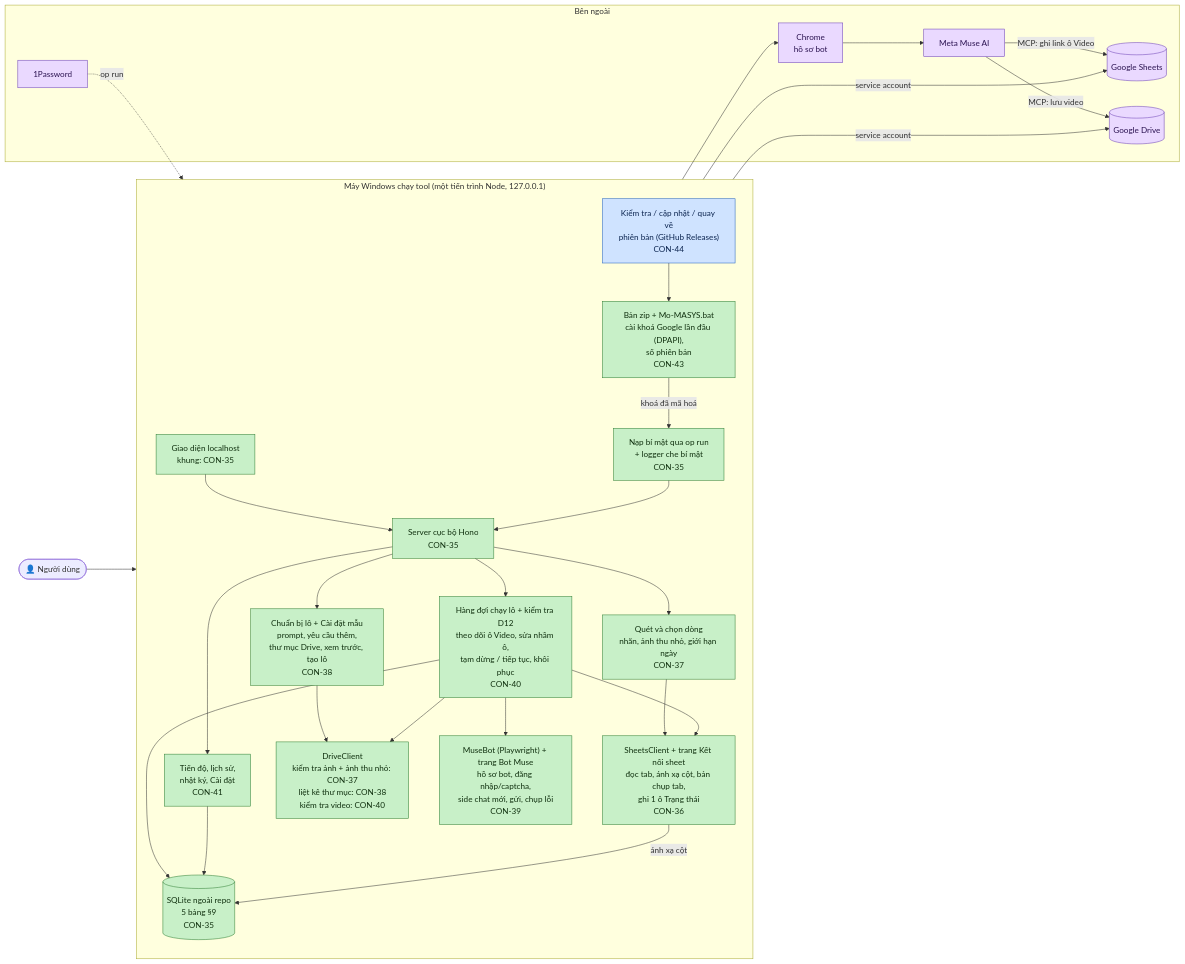
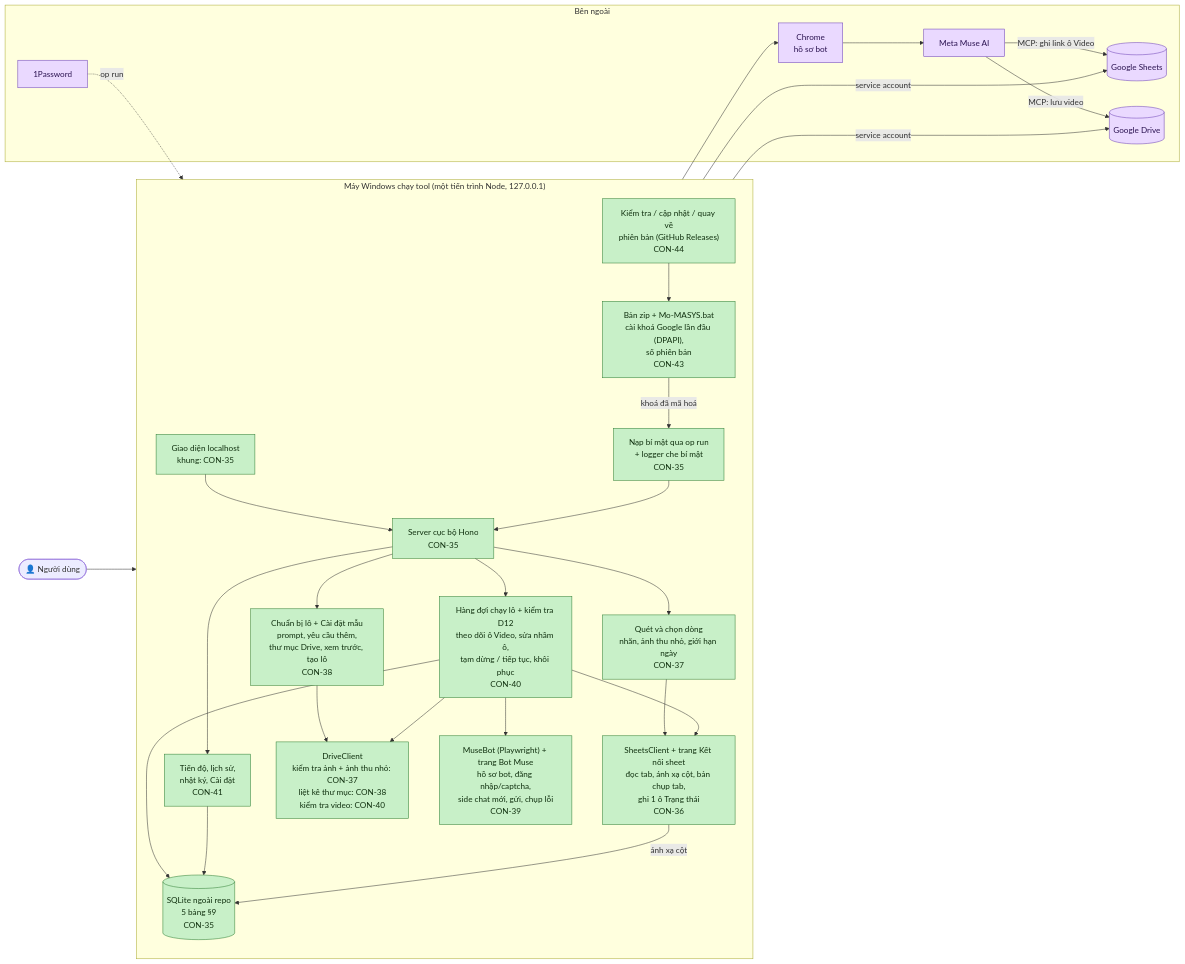
Before and after one commit to Bach1711/MASYS-VIDEO-GENERATOR: the diagram in TIEN-DO.md, drawn with Mermaid. The commit also changed other lines of this file and 1 other file, not shown here.

````diff
--- a/TIEN-DO.md
+++ b/TIEN-DO.md
@@ -17,63 +17,63 @@
 ```mermaid
 flowchart LR
     user(["👤 Người dùng"])
 
     subgraph PC["Máy Windows chạy tool (một tiến trình Node, 127.0.0.1)"]
         direction TB
         ui["Giao diện localhost<br/>khung: CON-35"]
         server["Server cục bộ Hono<br/>CON-35"]
         secrets["Nạp bí mật qua op run<br/>+ logger che bí mật<br/>CON-35"]
         db[("SQLite ngoài repo<br/>5 bảng §9<br/>CON-35")]
 
         sheet["SheetsClient + trang Kết nối sheet<br/>đọc tab, ánh xạ cột, bản chụp tab,<br/>ghi 1 ô Trạng thái<br/>CON-36"]
         scan["Quét và chọn dòng<br/>nhãn, ảnh thu nhỏ, giới hạn ngày<br/>CON-37"]
         editor["Chuẩn bị lô + Cài đặt mẫu<br/>prompt, yêu cầu thêm,<br/>thư mục Drive, xem trước, tạo lô<br/>CON-38"]
         bot["MuseBot (Playwright) + trang Bot Muse<br/>hồ sơ bot, đăng nhập/captcha,<br/>side chat mới, gửi, chụp lỗi<br/>CON-39"]
         queue["Hàng đợi chạy lô + kiểm tra D12<br/>theo dõi ô Video, sửa nhầm ô,<br/>tạm dừng / tiếp tục, khôi phục<br/>CON-40"]
         drive["DriveClient<br/>kiểm tra ảnh + ảnh thu nhỏ: CON-37<br/>liệt kê thư mục: CON-38<br/>kiểm tra video: CON-40"]
         progress["Tiến độ, lịch sử,<br/>nhật ký, Cài đặt<br/>CON-41"]
         pack["Bản zip + Mo-MASYS.bat<br/>cài khoá Google lần đầu (DPAPI),<br/>số phiên bản<br/>CON-43"]
         update["Kiểm tra / cập nhật / quay về<br/>phiên bản (GitHub Releases)<br/>CON-44"]
     end
 
     subgraph EXT["Bên ngoài"]
         gsheets[("Google Sheets")]
         gdrive[("Google Drive")]
         chrome["Chrome<br/>hồ sơ bot"]
         muse["Meta Muse AI"]
         op["1Password"]
     end
 
     user --> ui --> server
     server --> scan & editor & progress
     scan --> sheet
     editor --> drive
     server --> queue
     queue --> sheet & drive & bot
     queue --> db
     progress --> db
     sheet -- "ánh xạ cột" --> db
     sheet -- "service account" --> gsheets
     drive -- "service account" --> gdrive
     bot --> chrome --> muse
     muse -- "MCP: lưu video" --> gdrive
     muse -- "MCP: ghi link ô Video" --> gsheets
     op -. "op run" .-> secrets --> server
     pack -- "khoá đã mã hoá" --> secrets
     update --> pack
 
     classDef done fill:#c8f0c8,stroke:#2e7d32,color:#10300f
     classDef review fill:#cfe3ff,stroke:#1f5fbf,color:#0c2550
     classDef doing fill:#fff1b8,stroke:#b38600,color:#3d2e00
     classDef todo fill:#eeeeee,stroke:#9e9e9e,color:#333333
     classDef ext fill:#ead9ff,stroke:#6a3fb5,color:#2a1250
 
     class ui,server,secrets,db,sheet,scan,editor done
     class drive done
     class bot done
     class queue done
     class progress done
     class pack done
-    class update review
+    class update done
     class gsheets,gdrive,chrome,muse,op ext
 ```
````
